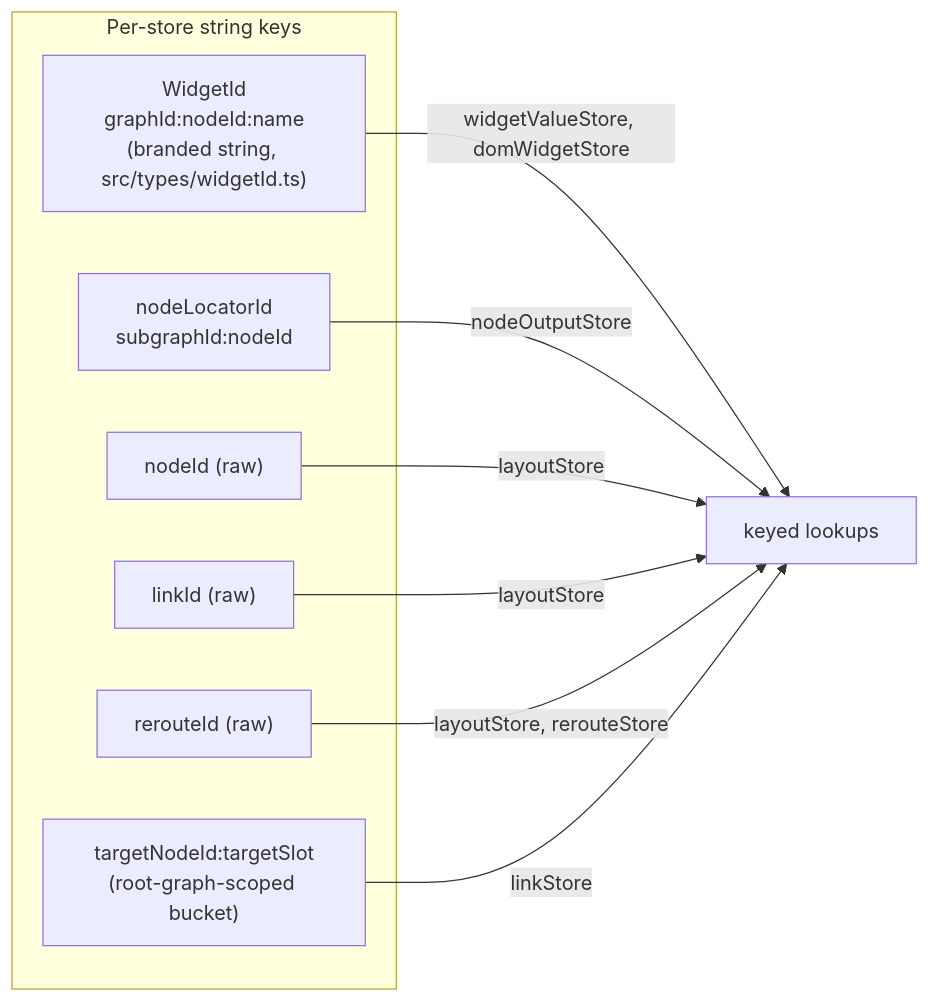
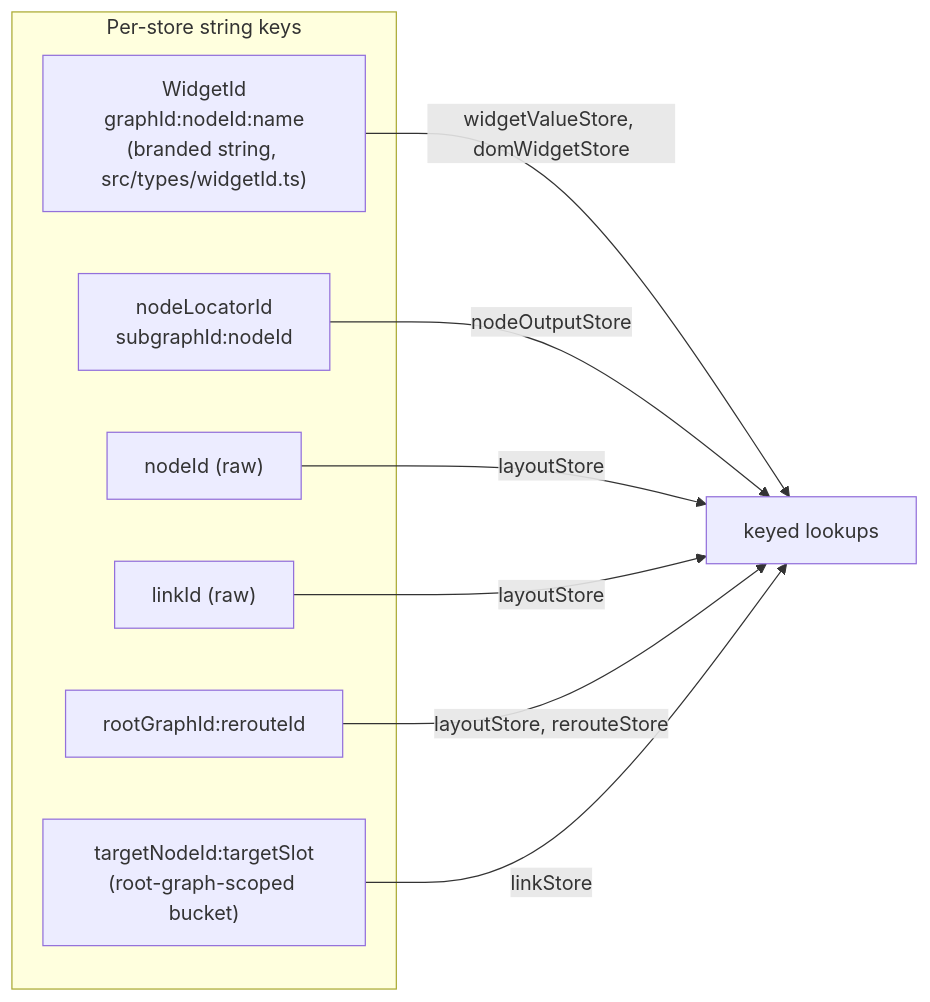
Before and after one commit to Comfy-Org/ComfyUI_frontend: the second of 12 diagrams in docs/architecture/ecs-target-architecture.md, drawn with Mermaid. The commit also changed other lines of this file and 20 other files, not shown here.

````diff
--- a/docs/architecture/ecs-target-architecture.md
+++ b/docs/architecture/ecs-target-architecture.md
@@ -61,22 +62,22 @@
 ```mermaid
 graph LR
     subgraph "Per-store string keys"
         WID["WidgetId
 graphId:nodeId:name
 (branded string, src/types/widgetId.ts)"]
         NLID["nodeLocatorId
 subgraphId:nodeId"]
         NID["nodeId (raw)"]
         LID["linkId (raw)"]
-        RID["rerouteId (raw)"]
+        RID["rootGraphId:rerouteId"]
         TIS["targetNodeId:targetSlot
 (root-graph-scoped bucket)"]
     end
 
     WID -->|widgetValueStore, domWidgetStore| W["keyed lookups"]
     NLID -->|nodeOutputStore| W
     NID -->|layoutStore| W
     LID -->|layoutStore| W
     RID -->|layoutStore, rerouteStore| W
     TIS -->|linkStore| W
 ```
````
